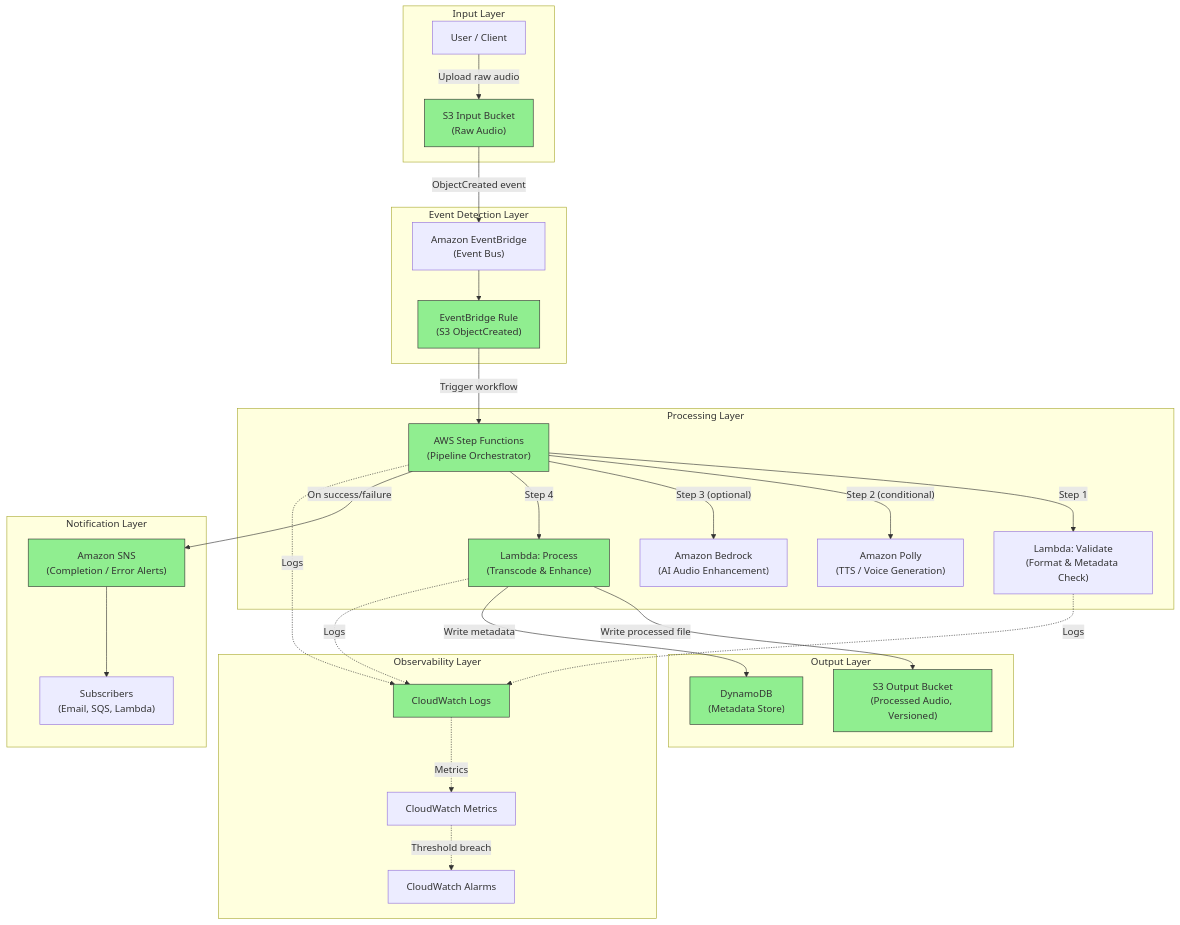
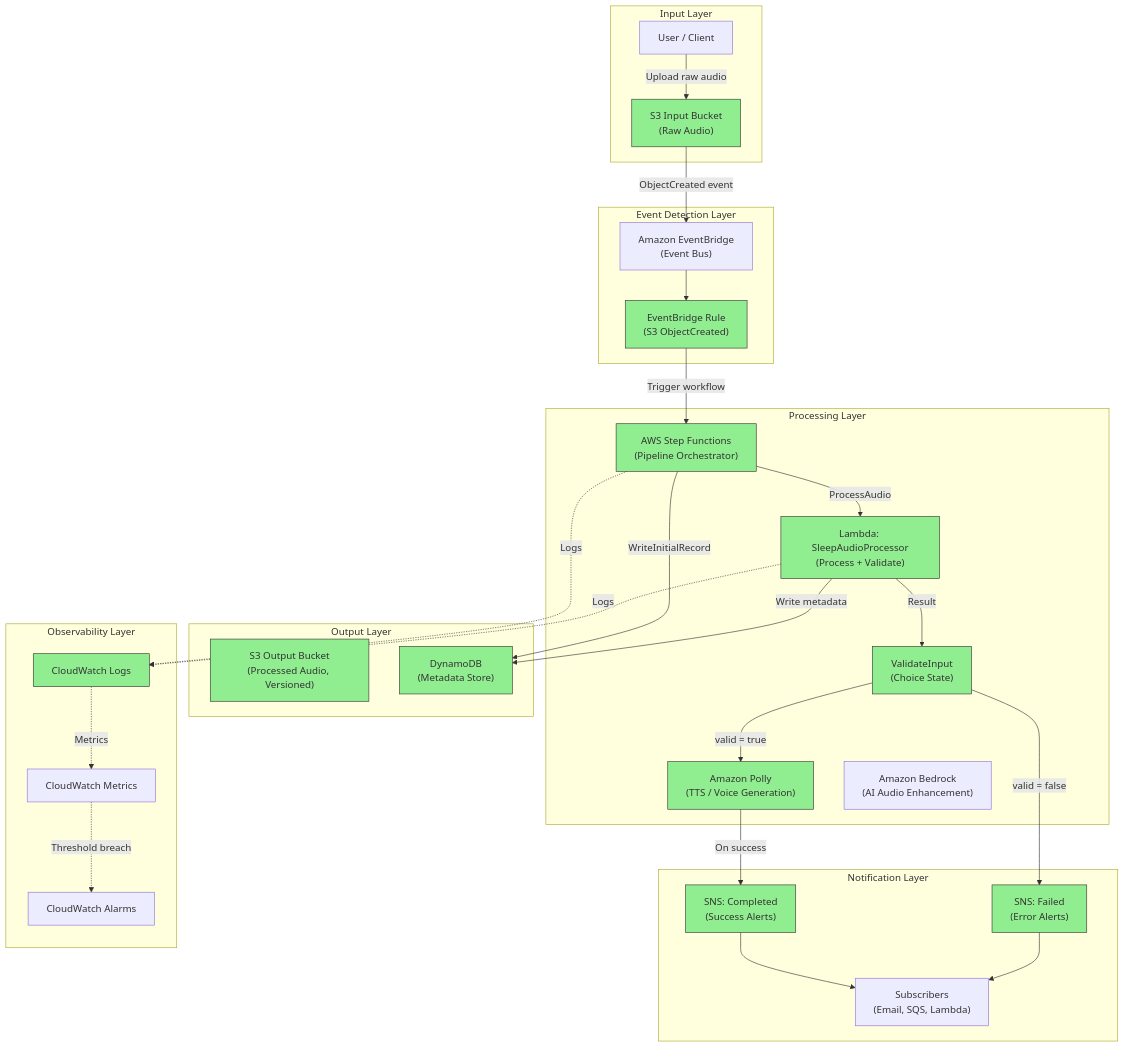
Before and after one commit to obstreperous-ai/cdk-sleep-py-kiro: the diagram in ARCHITECTURE.md, drawn with Mermaid. The commit also changed other lines of this file and 2 other files, not shown here.

Commit message:
docs: update architecture with complete pipeline flow and validation

````diff
--- a/ARCHITECTURE.md
+++ b/ARCHITECTURE.md
@@ -42,66 +42,70 @@
 ```mermaid
 flowchart TD
     subgraph Input["Input Layer"]
         User["User / Client"]
         InputBucket["S3 Input Bucket<br/>(Raw Audio)"]
     end
 
     subgraph Events["Event Detection Layer"]
         EB["Amazon EventBridge<br/>(Event Bus)"]
         Rule["EventBridge Rule<br/>(S3 ObjectCreated)"]
     end
 
     subgraph Processing["Processing Layer"]
         SF["AWS Step Functions<br/>(Pipeline Orchestrator)"]
-        Validate["Lambda: Validate<br/>(Format & Metadata Check)"]
+        Process["Lambda: SleepAudioProcessor<br/>(Process + Validate)"]
+        ValidateInput["ValidateInput<br/>(Choice State)"]
         Polly["Amazon Polly<br/>(TTS / Voice Generation)"]
         Bedrock["Amazon Bedrock<br/>(AI Audio Enhancement)"]
-        Process["Lambda: Process<br/>(Transcode & Enhance)"]
     end
 
     subgraph Output["Output Layer"]
         OutputBucket["S3 Output Bucket<br/>(Processed Audio, Versioned)"]
         DDB["DynamoDB<br/>(Metadata Store)"]
     end
 
     subgraph Notifications["Notification Layer"]
-        SNS["Amazon SNS<br/>(Completion / Error Alerts)"]
+        SNSCompleted["SNS: Completed<br/>(Success Alerts)"]
+        SNSFailed["SNS: Failed<br/>(Error Alerts)"]
         Subscribers["Subscribers<br/>(Email, SQS, Lambda)"]
     end
 
     subgraph Observability["Observability Layer"]
         CWLogs["CloudWatch Logs"]
         CWMetrics["CloudWatch Metrics"]
         CWAlarms["CloudWatch Alarms"]
     end
 
     User -->|"Upload raw audio"| InputBucket
     InputBucket -->|"ObjectCreated event"| EB
     EB --> Rule
     Rule -->|"Trigger workflow"| SF
 
-    SF -->|"Step 1"| Validate
-    SF -->|"Step 2 (conditional)"| Polly
-    SF -->|"Step 3 (optional)"| Bedrock
-    SF -->|"Step 4"| Process
+    SF -->|"WriteInitialRecord"| DDB
+    SF -->|"ProcessAudio"| Process
+    Process -->|"Result"| ValidateInput
+    ValidateInput -->|"valid = true"| Polly
+    ValidateInput -->|"valid = false"| SNSFailed
 
-    Process -->|"Write processed file"| OutputBucket
+    Polly -->|"On success"| SNSCompleted
+    SNSCompleted --> Subscribers
+    SNSFailed --> Subscribers
+
     Process -->|"Write metadata"| DDB
-    SF -->|"On success/failure"| SNS
-    SNS --> Subscribers
-
     SF -.->|"Logs"| CWLogs
-    Validate -.->|"Logs"| CWLogs
     Process -.->|"Logs"| CWLogs
     CWLogs -.->|"Metrics"| CWMetrics
     CWMetrics -.->|"Threshold breach"| CWAlarms
 
     style InputBucket fill:#90EE90,stroke:#333
     style OutputBucket fill:#90EE90,stroke:#333
     style Rule fill:#90EE90,stroke:#333
     style SF fill:#90EE90,stroke:#333
+    style Process fill:#90EE90,stroke:#333
+    style ValidateInput fill:#90EE90,stroke:#333
     style CWLogs fill:#90EE90,stroke:#333
     style DDB fill:#90EE90,stroke:#333
-    style SNS fill:#90EE90,stroke:#333
-    style Process fill:#90EE90,stroke:#333
+    style SNSCompleted fill:#90EE90,stroke:#333
+    style SNSFailed fill:#90EE90,stroke:#333
+    style Polly fill:#90EE90,stroke:#333
 ```
````
